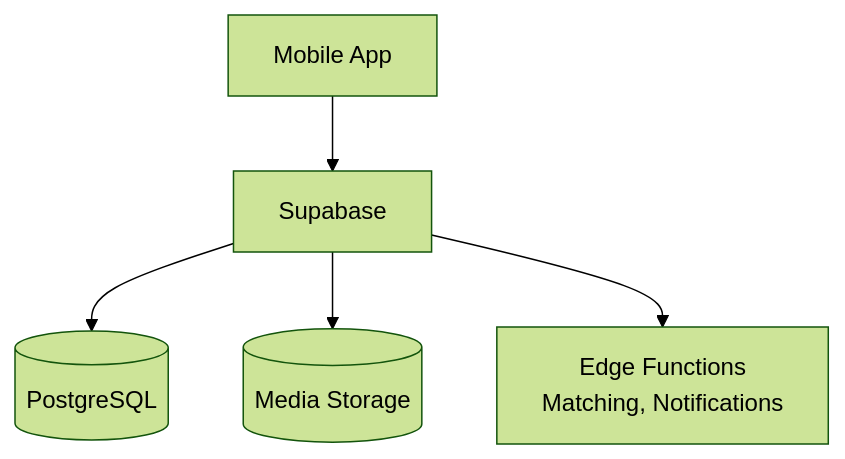
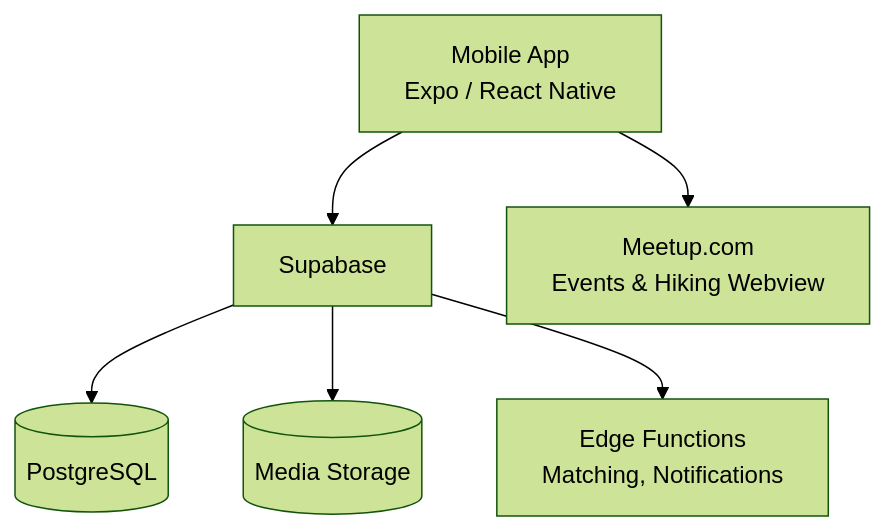
The second of 4 diagrams in architecture-supabase.md (rajeshkr2016/bkb-app), drawn with Mermaid (forest theme) before and after one commit. The commit also changed other lines of this file and 29 other files, not shown here.

````diff
--- a/architecture-supabase.md
+++ b/architecture-supabase.md
@@ -5,7 +21,8 @@
 ```mermaid
 graph TB
-    App[Mobile App] --> Supabase[Supabase]
+    App[Mobile App<br/>Expo / React Native] --> Supabase[Supabase]
+    App --> Meetup[Meetup.com<br/>Events & Hiking Webview]
     Supabase --> DB[(PostgreSQL)]
     Supabase --> Storage[(Media Storage)]
     Supabase --> Edge[Edge Functions<br/>Matching, Notifications]
 ```
````
